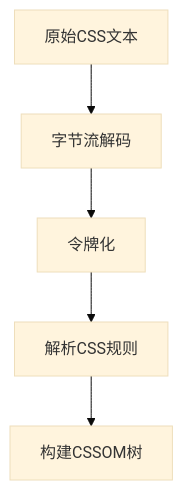
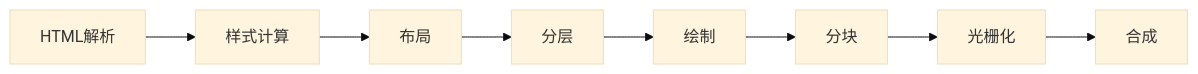
Before and after one commit to jianhua1996/vitepress-blog: the second of 9 diagrams in posts/浏览器渲染原理（一）.md, drawn with Mermaid (base theme). The commit also changed other lines of this file, not shown here.

````diff
--- a/posts/浏览器渲染原理（一）.md
+++ b/posts/浏览器渲染原理（一）.md
@@ -173,7 +75,10 @@
 ```mermaid
-flowchart TD
-    A[原始CSS文本] --> B[字节流解码]
-    B --> C[令牌化]
-    C --> D[解析CSS规则]
-    D --> E[构建CSSOM树]
+  flowchart LR
+  A[HTML解析] --> B[样式计算]
+  B --> C[布局]
+  C --> D[分层]
+  D --> E[绘制]
+  E --> F[分块]
+  F --> G[光栅化]
+  G --> H[合成]
 ```
````
